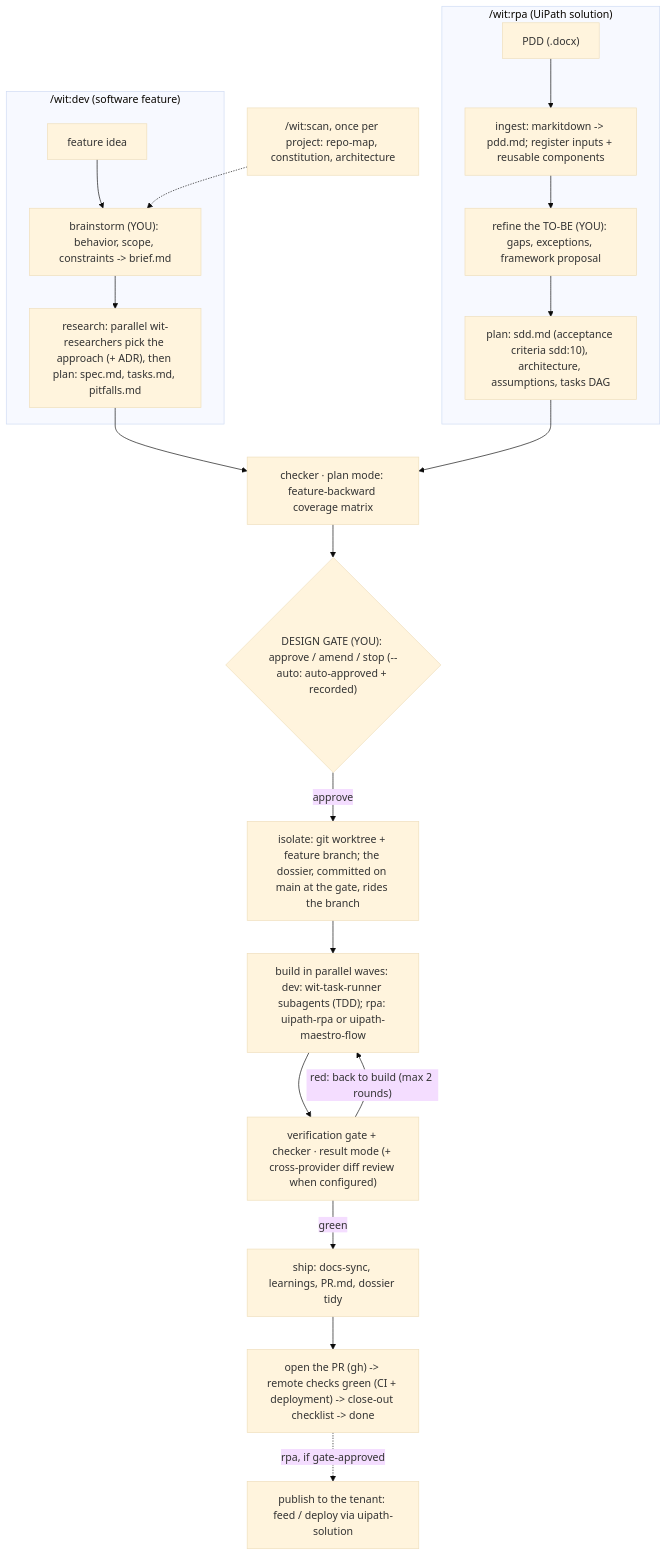
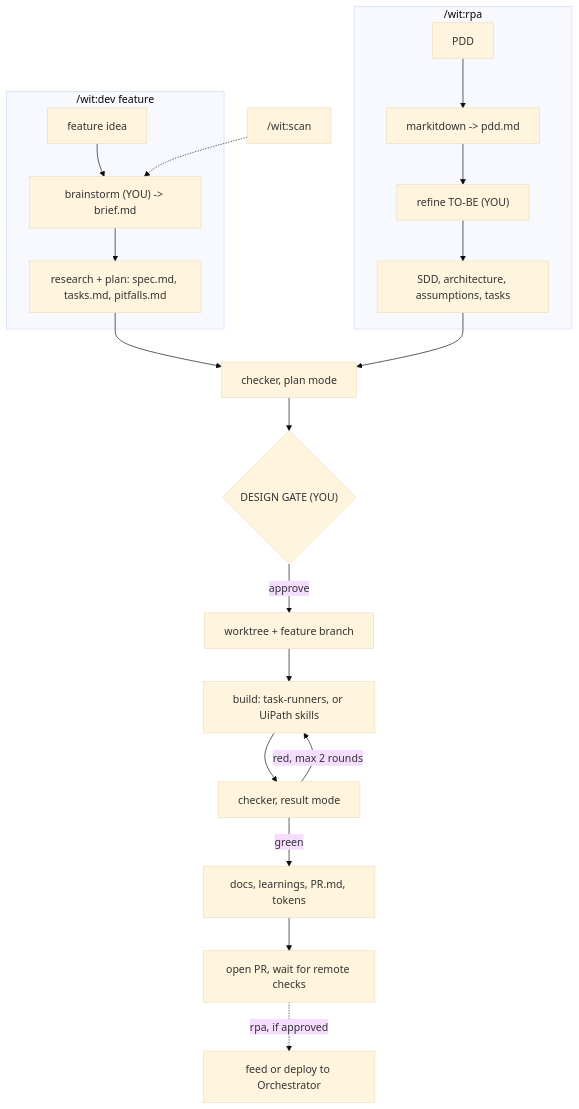
Before and after one commit to Wittenberger-Industries/witloop: the diagram in README.md, drawn with Mermaid (base theme). The commit also changed other lines of this file and 48 other files, not shown here.

````diff
--- a/README.md
+++ b/README.md
@@ -141,26 +98,25 @@
 ```mermaid
 flowchart TD
-  subgraph devlane["/wit:dev (software feature)"]
-    idea["feature idea"] --> brainstorm["brainstorm (YOU): behavior, scope, constraints -> brief.md"]
-    brainstorm --> planp["research: parallel wit-researchers pick the approach (+ ADR), then plan: spec.md, tasks.md, pitfalls.md"]
+  subgraph devlane["/wit:dev feature"]
+    idea["feature idea"] --> brainstorm["brainstorm (YOU) -> brief.md"]
+    brainstorm --> planp["research + plan: spec.md, tasks.md, pitfalls.md"]
   end
 
-  subgraph rpalane["/wit:rpa (UiPath solution)"]
-    pddin["PDD (.docx)"] --> ingest["ingest: markitdown -> pdd.md; register inputs + reusable components"]
-    ingest --> tobe["refine the TO-BE (YOU): gaps, exceptions, framework proposal"]
-    tobe --> sddplan["plan: sdd.md (acceptance criteria sdd:10), architecture, assumptions, tasks DAG"]
+  subgraph rpalane["/wit:rpa"]
+    pddin["PDD"] --> ingest["markitdown -> pdd.md"]
+    ingest --> tobe["refine TO-BE (YOU)"]
+    tobe --> sddplan["SDD, architecture, assumptions, tasks"]
   end
 
-  scan["/wit:scan, once per project: repo-map, constitution, architecture"] -.-> brainstorm
-
-  planp --> precheck["checker · plan mode: feature-backward coverage matrix"]
+  scan["/wit:scan"] -.-> brainstorm
+  planp --> precheck["checker, plan mode"]
   sddplan --> precheck
-  precheck --> gate{"DESIGN GATE (YOU): approve / amend / stop (--auto: auto-approved + recorded)"}
-  gate -->|approve| isolate["isolate: git worktree + feature branch; the dossier, committed on main at the gate, rides the branch"]
-  isolate --> build["build in parallel waves: dev: wit-task-runner subagents (TDD); rpa: uipath-rpa or uipath-maestro-flow"]
-  build --> verify["verification gate + checker · result mode (+ cross-provider diff review when configured)"]
-  verify -->|"red: back to build (max 2 rounds)"| build
-  verify -->|green| ship["ship: docs-sync, learnings, PR.md, dossier tidy"]
-  ship --> pr["open the PR (gh) -> remote checks green (CI + deployment) -> close-out checklist -> done"]
-  pr -.->|"rpa, if gate-approved"| publish["publish to the tenant: feed / deploy via uipath-solution"]
+  precheck --> gate{"DESIGN GATE (YOU)"}
+  gate -->|approve| isolate["worktree + feature branch"]
+  isolate --> build["build: task-runners, or UiPath skills"]
+  build --> verify["checker, result mode"]
+  verify -->|"red, max 2 rounds"| build
+  verify -->|green| ship["docs, learnings, PR.md, tokens"]
+  ship --> pr["open PR, wait for remote checks"]
+  pr -.->|"rpa, if approved"| publish["feed or deploy to Orchestrator"]
 ```
````
